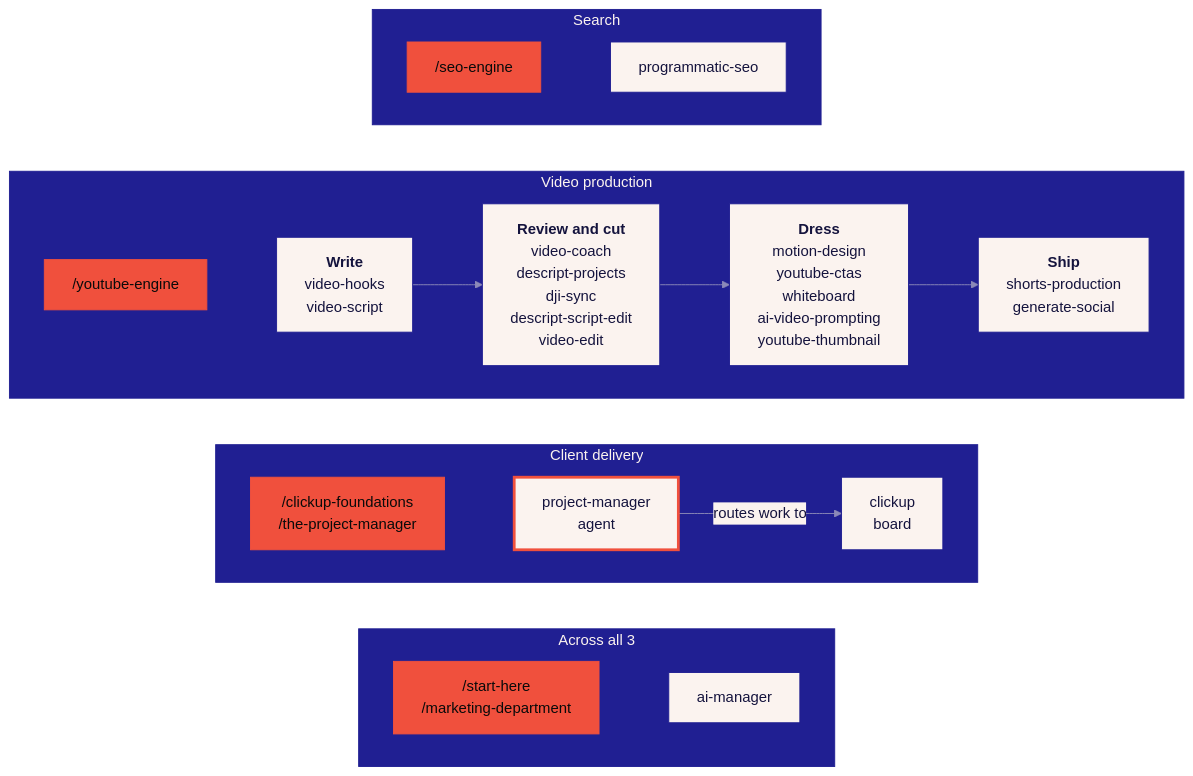
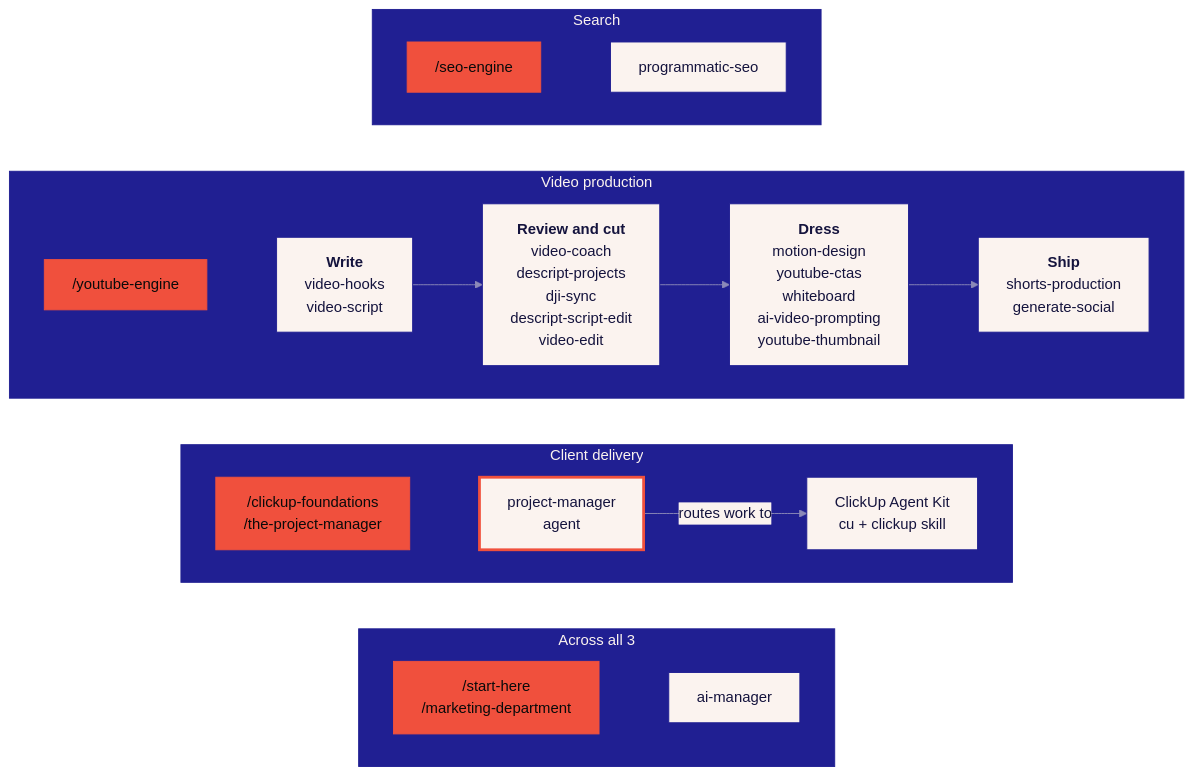
Before and after one commit to heyramzi/ai-agency: the first of 2 diagrams in README.md, drawn with Mermaid. The commit also changed other lines of this file and 26 other files, not shown here.

First line of the commit message:
chore: the ClickUp skills ship in the ClickUp Agent Kit

````diff
--- a/README.md
+++ b/README.md
@@ -23,31 +23,31 @@
 ```mermaid
 %%{init: {'theme': 'base', 'themeVariables': {'fontFamily': 'Helvetica', 'fontSize': '16px', 'lineColor': '#8b89b8', 'clusterBkg': '#201f92', 'clusterBorder': '#201f92', 'titleColor': '#fbf3ef', 'primaryColor': '#fbf3ef', 'primaryTextColor': '#14133d', 'primaryBorderColor': '#201f92', 'edgeLabelBackground': '#fbf3ef'}}}%%
 flowchart TB
   subgraph S["Search"]
     direction LR
     sc["/seo-engine"] ~~~ s1["programmatic-seo"]
   end
   subgraph V["Video production"]
     direction LR
     vc["/youtube-engine"] ~~~ v1["<b>Write</b><br/>video-hooks<br/>video-script"]
     v1 --> v2["<b>Review and cut</b><br/>video-coach<br/>descript-projects<br/>dji-sync<br/>descript-script-edit<br/>video-edit"]
     v2 --> v3["<b>Dress</b><br/>motion-design<br/>youtube-ctas<br/>whiteboard<br/>ai-video-prompting<br/>youtube-thumbnail"]
     v3 --> v4["<b>Ship</b><br/>shorts-production<br/>generate-social"]
   end
   subgraph D["Client delivery"]
     direction LR
     dc["/clickup-foundations<br/>/the-project-manager"] ~~~ d2["project-manager<br/>agent"]
-    d2 -->|routes work to| d1["clickup<br/>board"]
+    d2 -->|routes work to| d1["ClickUp Agent Kit<br/>cu + clickup skill"]
   end
   subgraph A["Across all 3"]
     direction LR
     ac["/start-here<br/>/marketing-department"] ~~~ a1["ai-manager"]
   end
   S ~~~ V ~~~ D ~~~ A
   classDef skill fill:#fbf3ef,stroke:#201f92,color:#14133d
   classDef cmd fill:#f0503d,stroke:#f0503d,color:#0a0a0a
   classDef agent fill:#fbf3ef,stroke:#f0503d,stroke-width:3px,color:#14133d
   class s1,v1,v2,v3,v4,d1,a1 skill
   class sc,vc,dc,ac cmd
   class d2 agent
 ```
````
